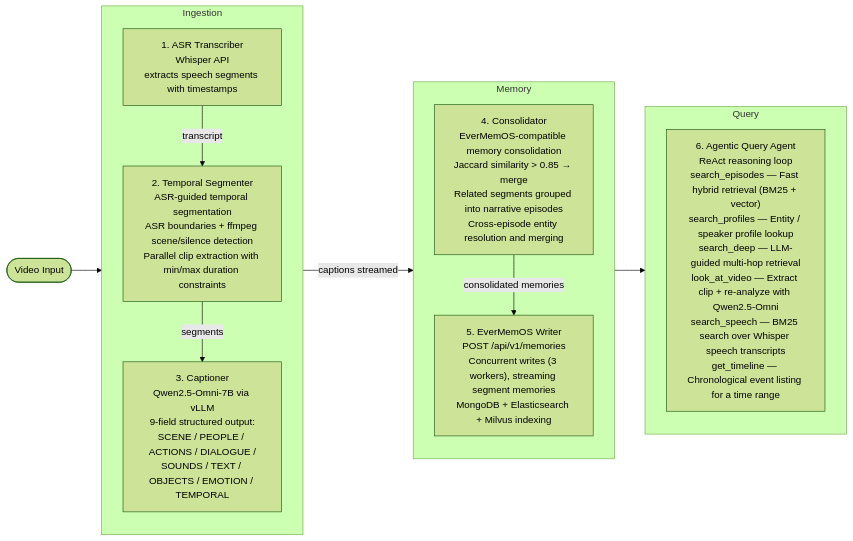
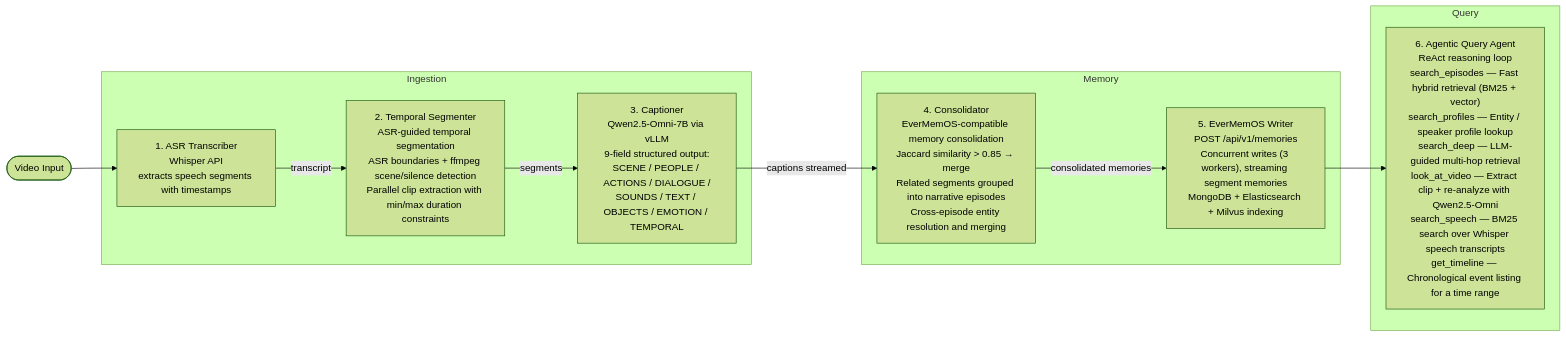
The diagram in README.md (No00el/VidEngram), drawn with Mermaid (forest theme) before and after one commit.

Commit message:
Refactor flowchart structure in README
Updated the flowchart in the README to simplify the structure and improve clarity.

`````diff
--- a/README.md
+++ b/README.md
@@ -33,29 +33,33 @@
 ````mermaid
 flowchart LR
     V([Video Input])
 
+    A["1. ASR Transcriber\nWhisper API\nextracts speech segments with timestamps"]
+    B["2. Temporal Segmenter\nASR-guided temporal segmentation\nASR boundaries + ffmpeg scene/silence detection\nParallel clip extraction with min/max duration constraints"]
+    C["3. Captioner\nQwen2.5-Omni-7B via vLLM\n9-field structured output:\nSCENE / PEOPLE / ACTIONS / DIALOGUE /\nSOUNDS / TEXT / OBJECTS / EMOTION / TEMPORAL"]
+    D["4. Consolidator\nEverMemOS-compatible memory consolidation\nJaccard similarity > 0.85 → merge\nRelated segments grouped into narrative episodes\nCross-episode entity resolution and merging"]
+    E["5. EverMemOS Writer\nPOST /api/v1/memories\nConcurrent writes (3 workers), streaming segment memories\nMongoDB + Elasticsearch + Milvus indexing"]
+    F["6. Agentic Query Agent\nReAct reasoning loop\nsearch_episodes — Fast hybrid retrieval (BM25 + vector)\nsearch_profiles — Entity / speaker profile lookup\nsearch_deep — LLM-guided multi-hop retrieval\nlook_at_video — Extract clip + re-analyze with Qwen2.5-Omni\nsearch_speech — BM25 search over Whisper speech transcripts\nget_timeline — Chronological event listing for a time range"]
+
     subgraph COL1 ["Ingestion"]
-        direction TB
-        A["1. ASR Transcriber\nWhisper API\nextracts speech segments with timestamps"]
-        B["2. Temporal Segmenter\nASR-guided temporal segmentation\nASR boundaries + ffmpeg scene/silence detection\nParallel clip extraction with min/max duration constraints"]
-        C["3. Captioner\nQwen2.5-Omni-7B via vLLM\n9-field structured output:\nSCENE / PEOPLE / ACTIONS / DIALOGUE /\nSOUNDS / TEXT / OBJECTS / EMOTION / TEMPORAL"]
-        A -->|transcript| B
-        B -->|segments| C
+        A
+        B
+        C
     end
 
     subgraph COL2 ["Memory"]
-        direction TB
-        D["4. Consolidator\nEverMemOS-compatible memory consolidation\nJaccard similarity > 0.85 → merge\nRelated segments grouped into narrative episodes\nCross-episode entity resolution and merging"]
-        E["5. EverMemOS Writer\nPOST /api/v1/memories\nConcurrent writes (3 workers), streaming segment memories\nMongoDB + Elasticsearch + Milvus indexing"]
-        D -->|consolidated memories| E
+        D
+        E
     end
 
     subgraph COL3 ["Query"]
-        direction TB
-        F["6. Agentic Query Agent\nReAct reasoning loop\nsearch_episodes — Fast hybrid retrieval (BM25 + vector)\nsearch_profiles — Entity / speaker profile lookup\nsearch_deep — LLM-guided multi-hop retrieval\nlook_at_video — Extract clip + re-analyze with Qwen2.5-Omni\nsearch_speech — BM25 search over Whisper speech transcripts\nget_timeline — Chronological event listing for a time range"]
+        F
     end
 
     V --> A
+    A -->|transcript| B
+    B -->|segments| C
     C -->|captions streamed| D
+    D -->|consolidated memories| E
     E --> F
 ````
`````
